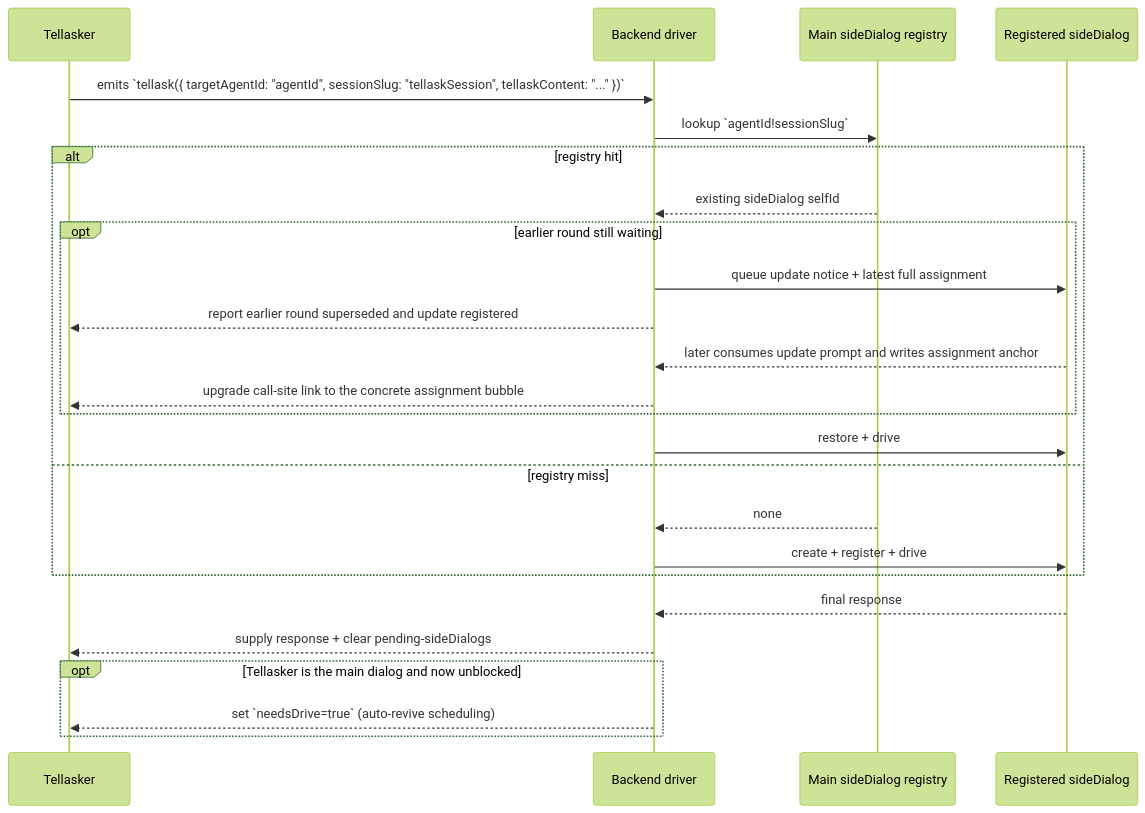
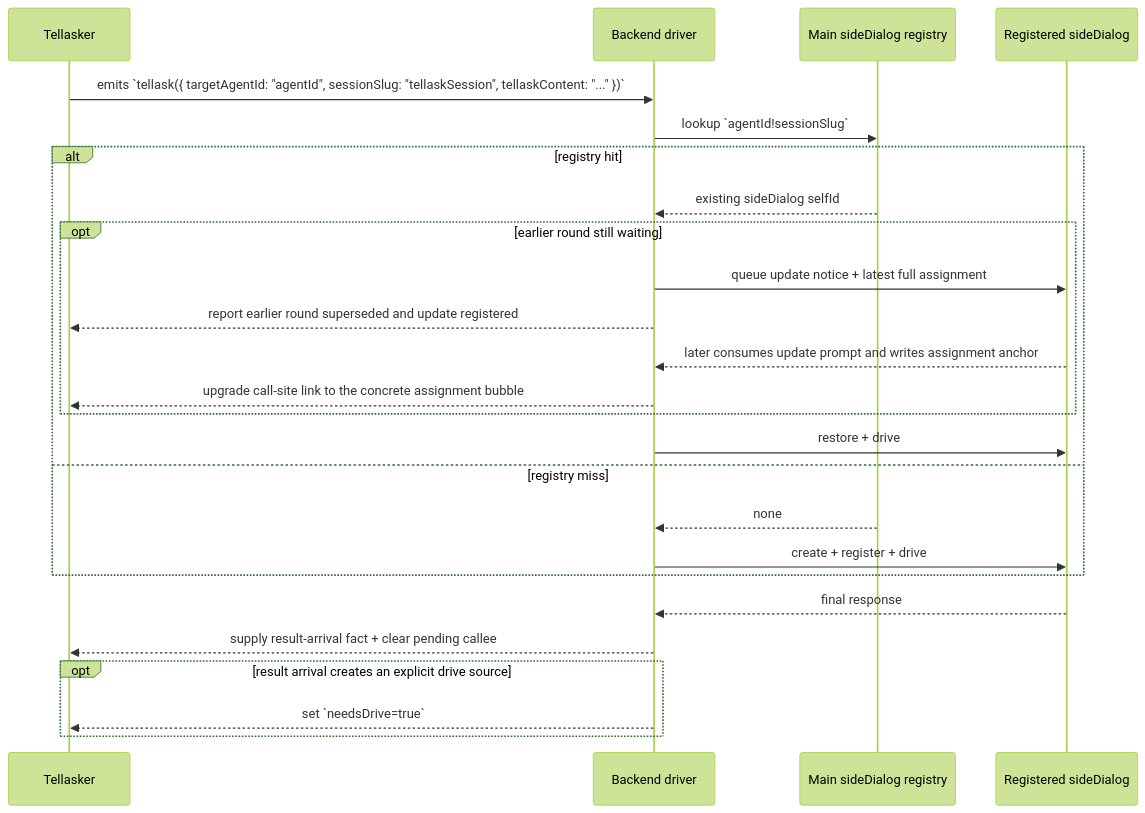
Diagram 12 of 18 in docs/dialog-system.md (longrun-ai/dominds), drawn with Mermaid (forest theme) before and after one commit. The commit also changed other lines of this file and 54 other files, not shown here.

````diff
--- a/docs/dialog-system.md
+++ b/docs/dialog-system.md
@@ -1287,28 +1284,28 @@
 ```mermaid
 sequenceDiagram
   participant Tellasker as Tellasker
   participant Driver as Backend driver
   participant Reg as Main sideDialog registry
   participant Side as Registered sideDialog
 
   Tellasker->>Driver: emits `tellask({ targetAgentId: "agentId", sessionSlug: "tellaskSession", tellaskContent: "..." })`
   Driver->>Reg: lookup `agentId!sessionSlug`
   alt registry hit
     Reg-->>Driver: existing sideDialog selfId
     opt earlier round still waiting
       Driver->>Side: queue update notice + latest full assignment
       Driver-->>Tellasker: report earlier round superseded and update registered
       Side-->>Driver: later consumes update prompt and writes assignment anchor
       Driver-->>Tellasker: upgrade call-site link to the concrete assignment bubble
     end
     Driver->>Side: restore + drive
   else registry miss
     Reg-->>Driver: none
     Driver->>Side: create + register + drive
   end
   Side-->>Driver: final response
-  Driver-->>Tellasker: supply response + clear pending-sideDialogs
-  opt Tellasker is the main dialog and now unblocked
-    Driver-->>Tellasker: set `needsDrive=true` (auto-revive scheduling)
+  Driver-->>Tellasker: supply result-arrival fact + clear pending callee
+  opt result arrival creates an explicit drive source
+    Driver-->>Tellasker: set `needsDrive=true`
   end
 ```
````
